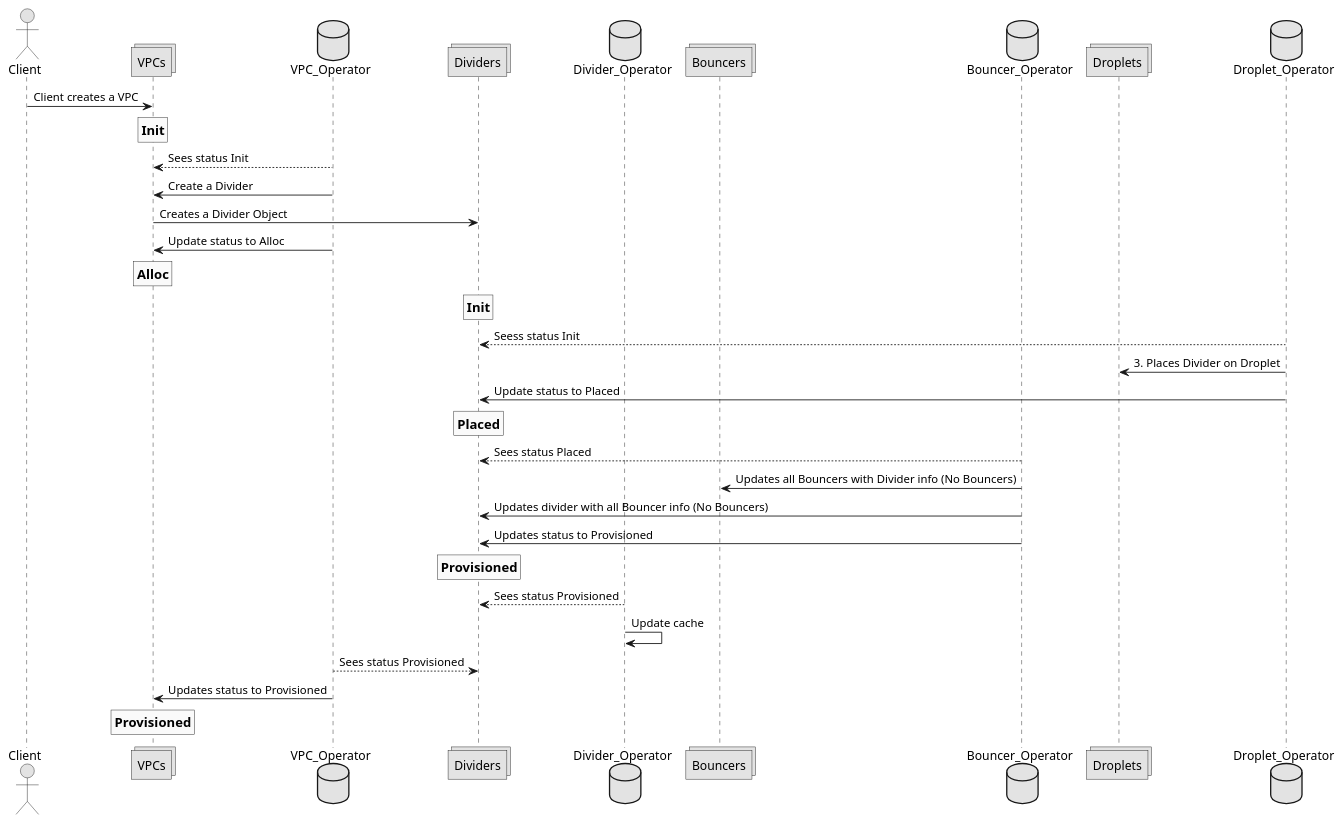
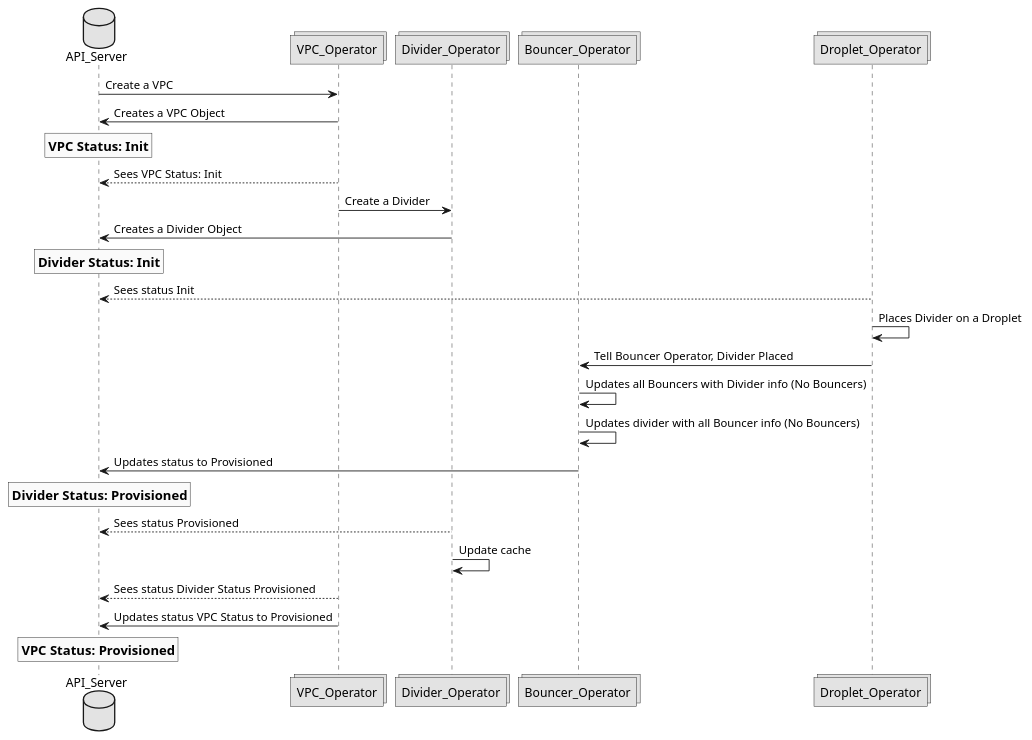
The diagram in Documentation/design/figures/create_vpc_workflow.puml (CentaurusInfra/mizar), drawn with PlantUML before and after one commit. The commit also changed 5 other files, not shown here.

Commit message:
Update to workflow diagrams

```diff
--- a/Documentation/design/figures/create_vpc_workflow.puml
+++ b/Documentation/design/figures/create_vpc_workflow.puml
@@ -1,41 +1,33 @@
 @startuml
 
 skinparam monochrome true
 
-actor Client
-collections VPCs
-database VPC_Operator
-collections Dividers
-database Divider_Operator
-collections Bouncers
-database Bouncer_Operator
-collections Droplets
-database Droplet_Operator
+database API_Server
+collections VPC_Operator
+collections Divider_Operator
+collections Bouncer_Operator
+collections Droplet_Operator
 
+API_Server -> VPC_Operator : Create a VPC
+VPC_Operator -> API_Server: Creates a VPC Object
+rnote over API_Server: ==VPC Status: Init
+VPC_Operator --> API_Server: Sees VPC Status: Init
+VPC_Operator -> Divider_Operator: Create a Divider
+Divider_Operator -> API_Server: Creates a Divider Object
+rnote over API_Server: ==Divider Status: Init
 
+Droplet_Operator --> API_Server: Sees status Init
+Droplet_Operator -> Droplet_Operator: Places Divider on a Droplet
+Droplet_Operator -> Bouncer_Operator: Tell Bouncer Operator, Divider Placed
 
-Client -> VPCs : Client creates a VPC
-rnote over VPCs: == Init
-VPC_Operator --> VPCs: Sees status Init
-VPC_Operator -> VPCs: Create a Divider
-VPCs -> Dividers : Creates a Divider Object
-VPC_Operator -> VPCs: Update status to Alloc
-rnote over VPCs: == Alloc
-
-rnote over Dividers: == Init
-Droplet_Operator --> Dividers: Seess status Init
-Droplet_Operator -> Droplets: 3. Places Divider on Droplet
-Droplet_Operator -> Dividers: Update status to Placed
-rnote over Dividers: == Placed
-Bouncer_Operator --> Dividers: Sees status Placed
-Bouncer_Operator -> Bouncers: Updates all Bouncers with Divider info (No Bouncers)
-Bouncer_Operator -> Dividers: Updates divider with all Bouncer info (No Bouncers)
-Bouncer_Operator -> Dividers: Updates status to Provisioned
-rnote over Dividers: == Provisioned
-Divider_Operator --> Dividers: Sees status Provisioned
+Bouncer_Operator -> Bouncer_Operator: Updates all Bouncers with Divider info (No Bouncers)
+Bouncer_Operator -> Bouncer_Operator: Updates divider with all Bouncer info (No Bouncers)
+Bouncer_Operator -> API_Server: Updates status to Provisioned
+rnote over API_Server: ==Divider Status: Provisioned
+Divider_Operator --> API_Server: Sees status Provisioned
 Divider_Operator -> Divider_Operator: Update cache
-VPC_Operator --> Dividers : Sees status Provisioned
-VPC_Operator -> VPCs : Updates status to Provisioned
-rnote over VPCs: == Provisioned
+VPC_Operator --> API_Server : Sees status Divider Status Provisioned
+VPC_Operator -> API_Server : Updates status VPC Status to Provisioned
+rnote over API_Server: ==VPC Status: Provisioned
 
 @enduml
```
